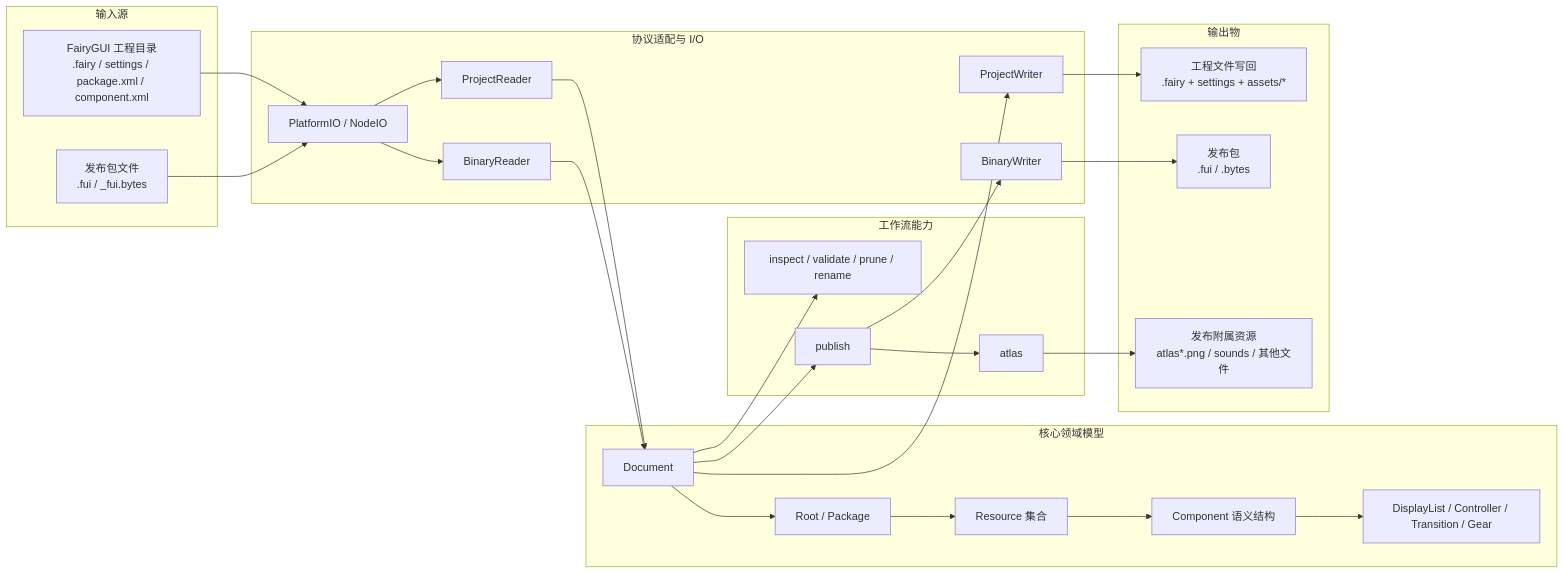
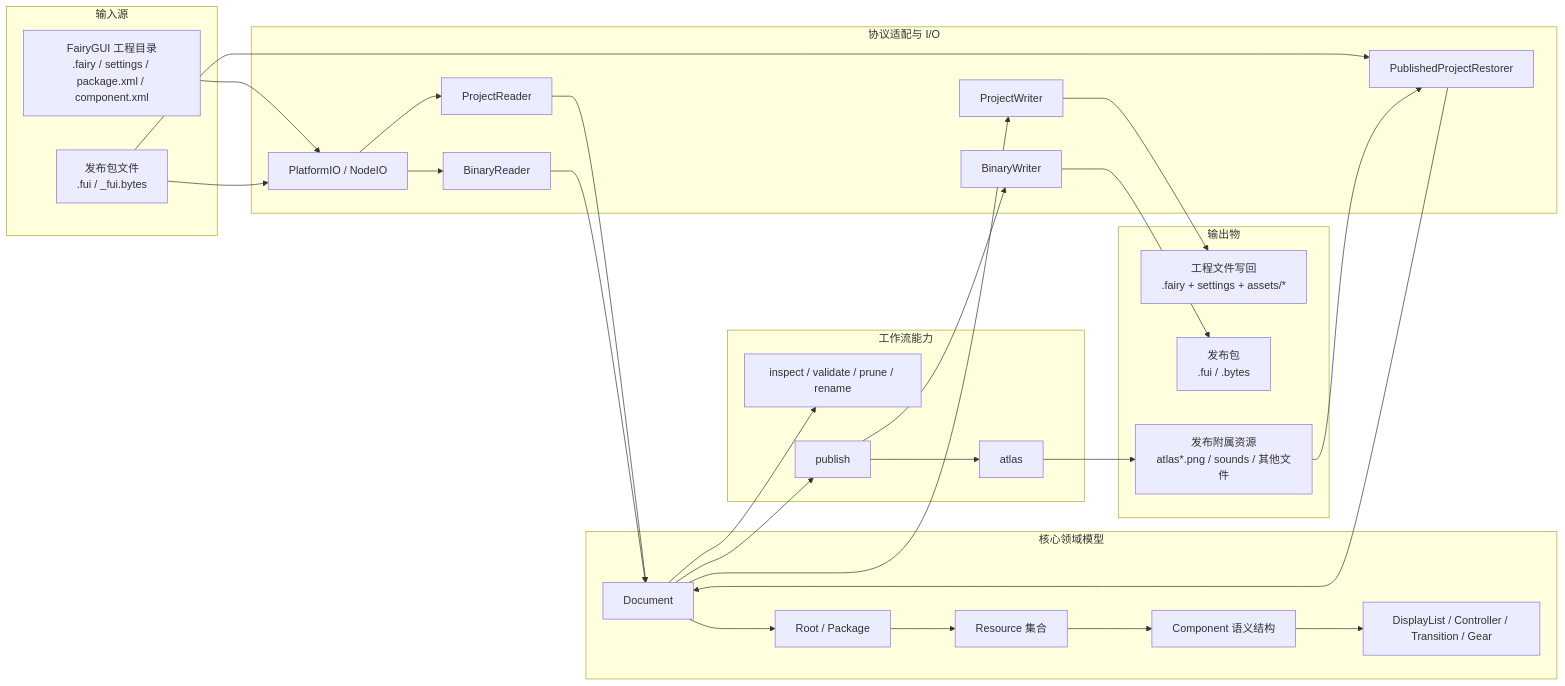
Before and after one commit to OpenFairyGUI/OpenFairyGUI: the first of 2 diagrams in docs/architecture-overview.md, drawn with Mermaid. The commit also changed other lines of this file and 15 other files, not shown here.

````diff
--- a/docs/architecture-overview.md
+++ b/docs/architecture-overview.md
@@ -8,49 +8,53 @@
 ```mermaid
 flowchart LR
     subgraph IN["输入源"]
         PROJ["FairyGUI 工程目录<br/>.fairy / settings / package.xml / component.xml"]
         PACK["发布包文件<br/>.fui / _fui.bytes"]
     end
 
     subgraph IO["协议适配与 I/O"]
         FS["PlatformIO / NodeIO"]
         PR["ProjectReader"]
         BR["BinaryReader"]
+        RST["PublishedProjectRestorer"]
         PW["ProjectWriter"]
         BW["BinaryWriter"]
     end
 
     subgraph DOMAIN["核心领域模型"]
         DOC["Document"]
         ROOT["Root / Package"]
         RES["Resource 集合"]
         COMP["Component 语义结构"]
         UI["DisplayList / Controller / Transition / Gear"]
     end
 
     subgraph WF["工作流能力"]
         OPS["inspect / validate / prune / rename"]
         PUB["publish"]
         ATLAS["atlas"]
     end
 
     subgraph OUT["输出物"]
         PROJOUT["工程文件写回<br/>.fairy + settings + assets/*"]
         BIN["发布包<br/>.fui / .bytes"]
         ART["发布附属资源<br/>atlas*.png / sounds / 其他文件"]
     end
 
     PROJ --> FS --> PR --> DOC
     PACK --> FS --> BR --> DOC
+    PACK --> RST
+    ART --> RST
+    RST --> DOC
 
     DOC --> ROOT --> RES --> COMP --> UI
     DOC --> OPS
     DOC --> PUB
     PUB --> ATLAS
     PUB --> BW
 
     DOC --> PW
     PW --> PROJOUT
     BW --> BIN
     ATLAS --> ART
 ```
````
